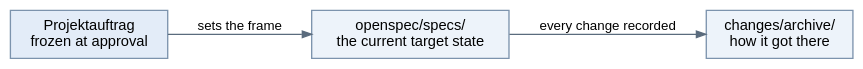
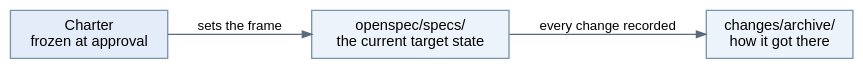
The diagram in modules/sdd-why-specs/questions.adoc (htl-leonding-college/curriculum-syp3), drawn with Graphviz before and after one commit. The commit also changed other lines of this file and 28 other files, not shown here.

```diff
--- a/modules/sdd-why-specs/questions.adoc
+++ b/modules/sdd-why-specs/questions.adoc
@@ -271,17 +270,17 @@
 [graphviz,q-frozen-alive,svg]
 ----
 digraph frozenalive {
   rankdir=LR;
   bgcolor="transparent";
   node [shape=box, style=filled, fillcolor="#EDF3FA", color="#7C93AD",
         fontname="Helvetica", fontsize=11];
   edge [color="#5A6B7D", arrowsize=0.7, fontname="Helvetica", fontsize=10];
 
-  C [label="Projektauftrag\nfrozen at approval", fillcolor="#E3ECF8"];
+  C [label="Charter\nfrozen at approval", fillcolor="#E3ECF8"];
   S [label="openspec/specs/\nthe current target state"];
   A [label="changes/archive/\nhow it got there"];
 
   C -> S [label="sets the frame"];
   S -> A [label="every change recorded"];
 }
 ----
```
